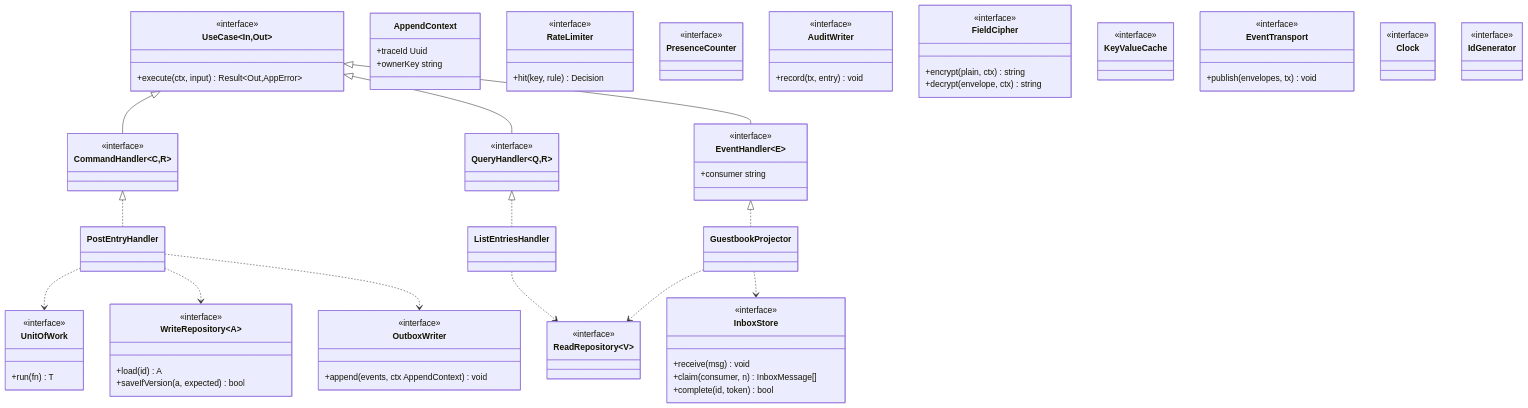
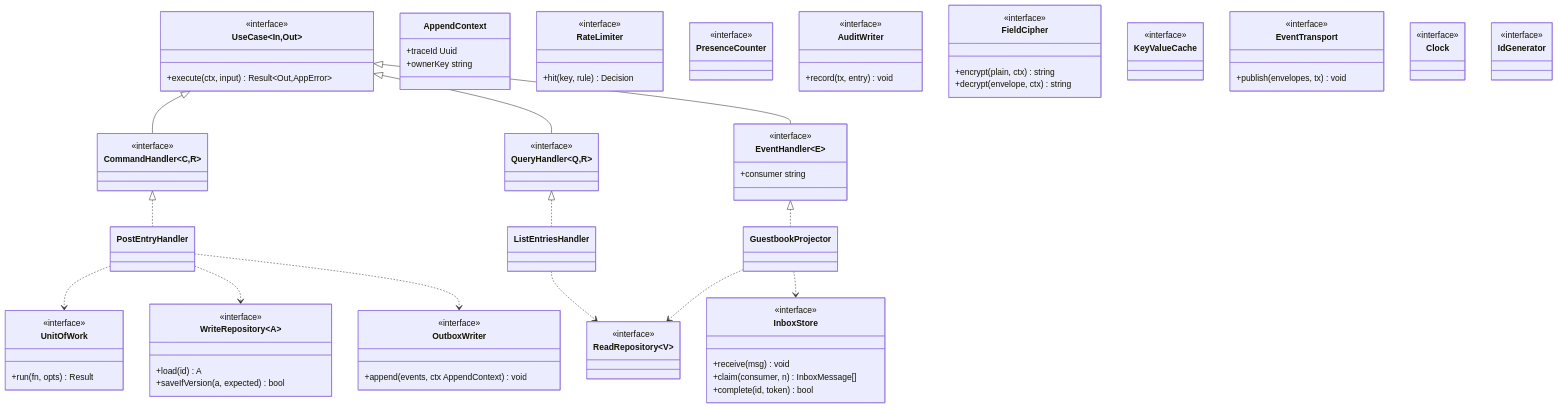
The fifth of 9 diagrams in docs/design/00-system-overview.md (1985jwlee/portpolio_backend), drawn with Mermaid before and after one commit. The commit also changed 46 other files, not shown here.

```diff
--- a/docs/design/00-system-overview.md
+++ b/docs/design/00-system-overview.md
@@ -223,7 +223,7 @@
 
     class UnitOfWork {
         <<interface>>
-        +run(fn) T
+        +run(fn, opts) Result
     }
     class WriteRepository~A~ {
         <<interface>>
```
